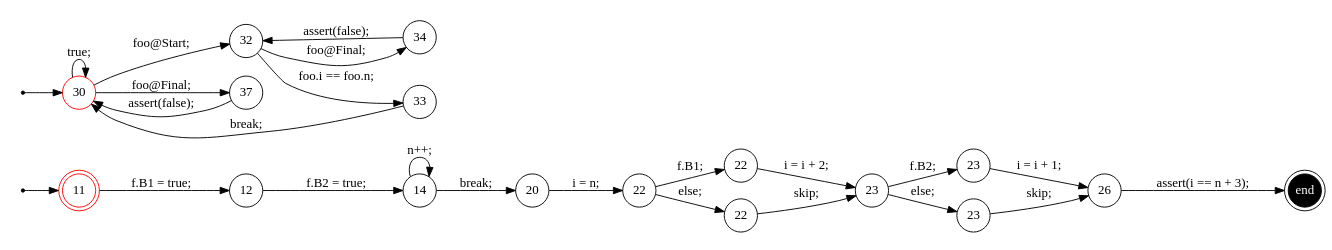
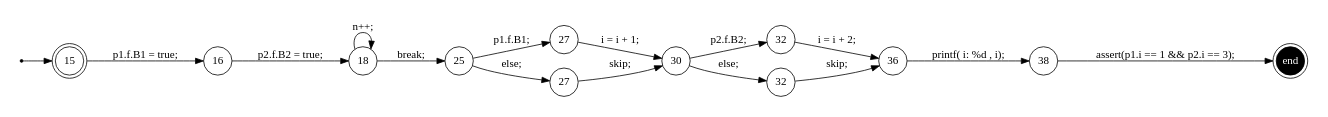
The diagram in trace/0.dot (samilazregsuidi/Daedalux), drawn with Graphviz before and after one commit. The commit also changed 32 other files, not shown here.

```diff
--- a/trace/0.dot
+++ b/trace/0.dot
@@ -1,48 +1,32 @@
 digraph finite_state_machine {
 	rankdir=LR
 	size="8,5"
-	93824993311008 [label = 11, shape = doublecircle, color = red, fixedsize = true]; 
-	s93824993311008 [shape = point];
-	93824993307216 [label = 30, shape = doublecircle, color = red, fixedsize = true]; 
-	s93824993307216 [shape = point];
-	e93824993306544 [shape = doublecircle, fixedsize = true, style = filled, fillcolor = black, fontcolor = white,  label = end];
-	 93824993312480 [label = 12, shape = circle, fixedsize = true ];
-	 93824993302560 [label = 14, shape = circle, fixedsize = true ];
-	 93824993303360 [label = 20, shape = circle, fixedsize = true ];
-	 93824993303680 [label = 22, shape = circle, fixedsize = true ];
-	 93824993304480 [label = 22, shape = circle, fixedsize = true ];
-	 93824993305200 [label = 22, shape = circle, fixedsize = true ];
-	 93824993304992 [label = 23, shape = circle, fixedsize = true ];
-	 93824993306032 [label = 23, shape = circle, fixedsize = true ];
-	 93824993306752 [label = 23, shape = circle, fixedsize = true ];
-	 93824993306544 [label = 26, shape = circle, fixedsize = true ];
-	 93824993307216 [label = 30, shape = circle, color = red, fixedsize = true ];
-	 93824993307984 [label = 32, shape = circle, fixedsize = true ];
-	 93824993308816 [label = 33, shape = circle, fixedsize = true ];
-	 93824993309536 [label = 34, shape = circle, fixedsize = true ];
-	 93824993310048 [label = 37, shape = circle, fixedsize = true ];
-	s93824993311008 -> 93824993311008;
-	s93824993307216 -> 93824993307216;
-	93824993311008 -> 93824993312480 [ label = "f.B1 = true; "];
-	93824993312480 -> 93824993302560 [ label = "f.B2 = true; "];
-	93824993302560 -> 93824993303360 [ label = "break; "];
-	93824993302560 -> 93824993302560 [ label = "n++; "];
-	93824993303360 -> 93824993303680 [ label = "i = n; "];
-	93824993303680 -> 93824993304480 [ label = "f.B1; "];
-	93824993304480 -> 93824993304992 [ label = "i = i + 2; "];
-	93824993303680 -> 93824993305200 [ label = "else; "];
-	93824993305200 -> 93824993304992 [ label = "skip; "];
-	93824993304992 -> 93824993306032 [ label = "f.B2; "];
-	93824993306032 -> 93824993306544 [ label = "i = i + 1; "];
-	93824993304992 -> 93824993306752 [ label = "else; "];
-	93824993306752 -> 93824993306544 [ label = "skip; "];
-	93824993306544 -> e93824993306544 [ label = "assert(i == n + 3); "];
-	93824993307216 -> 93824993307984 [ label = "foo@Start; "];
-	93824993307984 -> 93824993308816 [ label = "foo.i == foo.n; "];
-	93824993308816 -> 93824993307216 [ label = "break; "];
-	93824993307984 -> 93824993309536 [ label = "foo@Final; "];
-	93824993309536 -> 93824993307984 [ label = "assert(false); "];
-	93824993307216 -> 93824993310048 [ label = "foo@Final; "];
-	93824993310048 -> 93824993307216 [ label = "assert(false); "];
-	93824993307216 -> 93824993307216 [ label = "true; "];
+	93824993323856 [label = 15, shape = doublecircle, fixedsize = true]; 
+	s93824993323856 [shape = point];
+	e93824993319616 [shape = doublecircle, fixedsize = true, style = filled, fillcolor = black, fontcolor = white,  label = end];
+	 93824993315648 [label = 16, shape = circle, fixedsize = true ];
+	 93824993315760 [label = 18, shape = circle, fixedsize = true ];
+	 93824993316496 [label = 25, shape = circle, fixedsize = true ];
+	 93824993317216 [label = 27, shape = circle, fixedsize = true ];
+	 93824993317808 [label = 27, shape = circle, fixedsize = true ];
+	 93824993317664 [label = 30, shape = circle, fixedsize = true ];
+	 93824993318512 [label = 32, shape = circle, fixedsize = true ];
+	 93824993319232 [label = 32, shape = circle, fixedsize = true ];
+	 93824993319024 [label = 36, shape = circle, fixedsize = true ];
+	 93824993319616 [label = 38, shape = circle, fixedsize = true ];
+	s93824993323856 -> 93824993323856;
+	93824993323856 -> 93824993315648 [ label = "p1.f.B1 = true; "];
+	93824993315648 -> 93824993315760 [ label = "p2.f.B2 = true; "];
+	93824993315760 -> 93824993316496 [ label = "break; "];
+	93824993315760 -> 93824993315760 [ label = "n++; "];
+	93824993316496 -> 93824993317216 [ label = "p1.f.B1; "];
+	93824993317216 -> 93824993317664 [ label = "i = i + 1; "];
+	93824993316496 -> 93824993317808 [ label = "else; "];
+	93824993317808 -> 93824993317664 [ label = "skip; "];
+	93824993317664 -> 93824993318512 [ label = "p2.f.B2; "];
+	93824993318512 -> 93824993319024 [ label = "i = i + 2; "];
+	93824993317664 -> 93824993319232 [ label = "else; "];
+	93824993319232 -> 93824993319024 [ label = "skip; "];
+	93824993319024 -> 93824993319616 [ label = "printf( i: %d , i); "];
+	93824993319616 -> e93824993319616 [ label = "assert(p1.i == 1 && p2.i == 3); "];
 }
```
